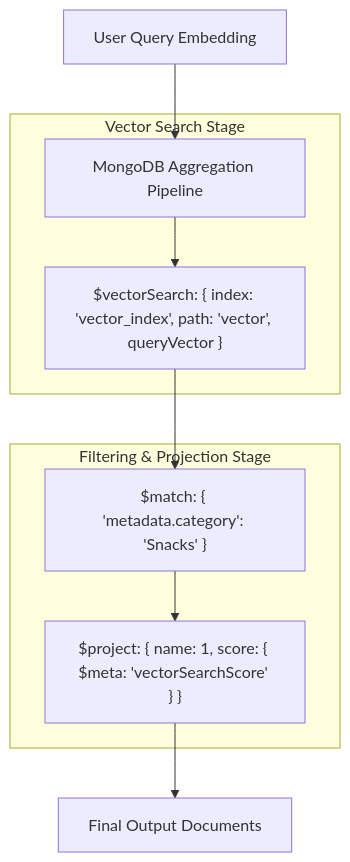
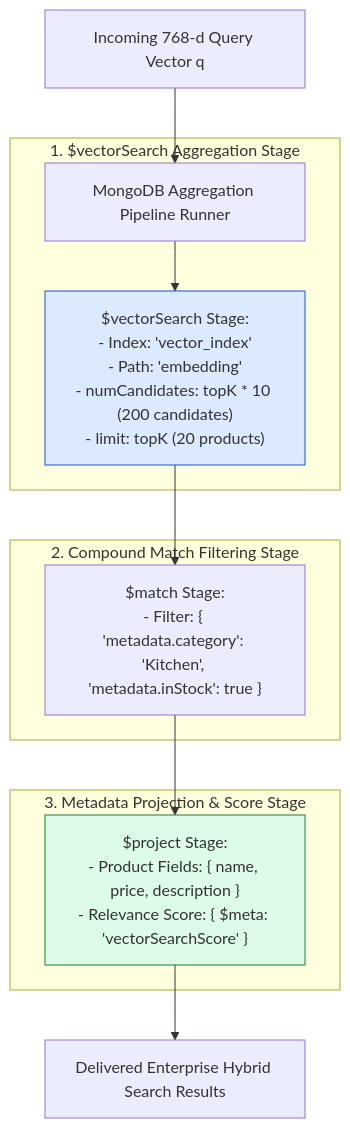
The first of 3 diagrams in agentic-ai-notes/02-dukaan-search/09-mongodb-atlas-vector-search.md (Amie-dev/engineering-playbook), drawn with Mermaid before and after one commit. The commit also changed other lines of this file and 10 other files, not shown here.

First line of the commit message:
Enhance Dukaan Search Modules with In-Memory, ChromaDB, and MongoDB Atlas Vector Stores

````diff
--- a/agentic-ai-notes/02-dukaan-search/09-mongodb-atlas-vector-search.md
+++ b/agentic-ai-notes/02-dukaan-search/09-mongodb-atlas-vector-search.md
@@ -10,15 +13,21 @@
 ```mermaid
 flowchart TD
-    Query[User Query Embedding] --> AggPipeline["MongoDB Aggregation Pipeline"]
-    
-    subgraph Vector Search Stage
-        AggPipeline --> Stage1["$vectorSearch: { index: 'vector_index', path: 'vector', queryVector }"]
-    end
-    
-    subgraph Filtering & Projection Stage
-        Stage1 --> Stage2["$match: { 'metadata.category': 'Snacks' }"]
-        Stage2 --> Stage3["$project: { name: 1, score: { $meta: 'vectorSearchScore' } }"]
+    UserQuery[Incoming 768-d Query Vector q] --> AggPipeline["MongoDB Aggregation Pipeline Runner"]
+
+    subgraph 1. $vectorSearch Aggregation Stage
+        AggPipeline --> VectorStage["$vectorSearch Stage:<br/>- Index: 'vector_index'<br/>- Path: 'embedding'<br/>- numCandidates: topK * 10 (200 candidates)<br/>- limit: topK (20 products)"]
     end
 
-    Stage3 --> Results[Final Output Documents]
+    subgraph 2. Compound Match Filtering Stage
+        VectorStage --> MatchStage["$match Stage:<br/>- Filter: { 'metadata.category': 'Kitchen', 'metadata.inStock': true }"]
+    end
+
+    subgraph 3. Metadata Projection & Score Stage
+        MatchStage --> ProjectStage["$project Stage:<br/>- Product Fields: { name, price, description }<br/>- Relevance Score: { $meta: 'vectorSearchScore' }"]
+    end
+
+    ProjectStage --> FinalDocs[Delivered Enterprise Hybrid Search Results]
+
+    style VectorStage fill:#dbeafe,stroke:#1d4ed8
+    style ProjectStage fill:#dcfce7,stroke:#15803d
 ```
````
